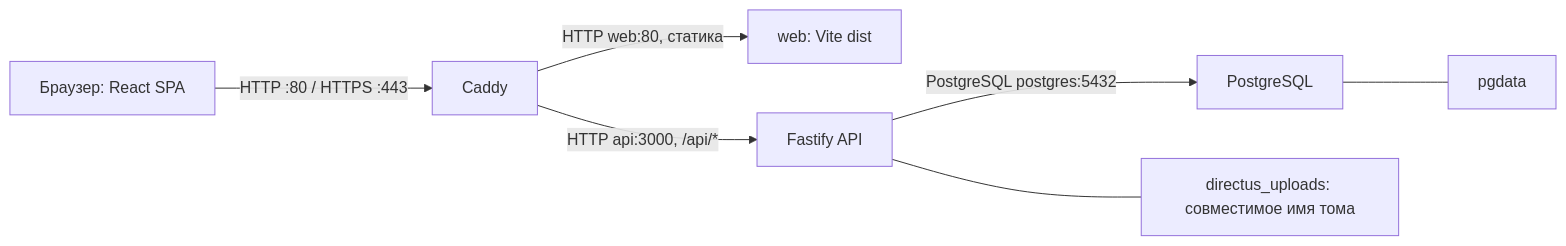
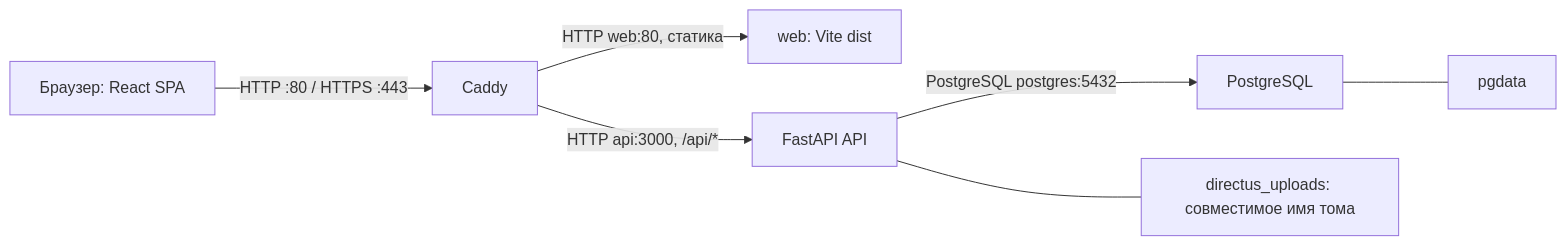
Before and after one commit to Bogolubov-creator/hse-law-alumni-club: the diagram in README.md, drawn with Mermaid. The commit also changed other lines of this file and 302 other files, not shown here.

Commit message:
Migrate API and operator tools to Python FastAPI

````diff
--- a/README.md
+++ b/README.md
@@ -164,9 +164,9 @@
 ```mermaid
 flowchart LR
   B["Браузер: React SPA"] -->|"HTTP :80 / HTTPS :443"| C["Caddy"]
   C -->|"HTTP web:80, статика"| W["web: Vite dist"]
-  C -->|"HTTP api:3000, /api/*"| A["Fastify API"]
+  C -->|"HTTP api:3000, /api/*"| A["FastAPI API"]
   A -->|"PostgreSQL postgres:5432"| P["PostgreSQL"]
   P --- V["pgdata"]
   A --- U["directus_uploads: совместимое имя тома"]
 ```
````
